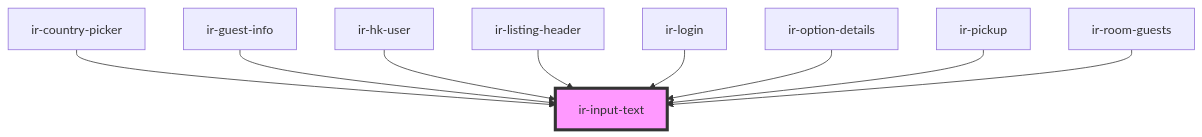
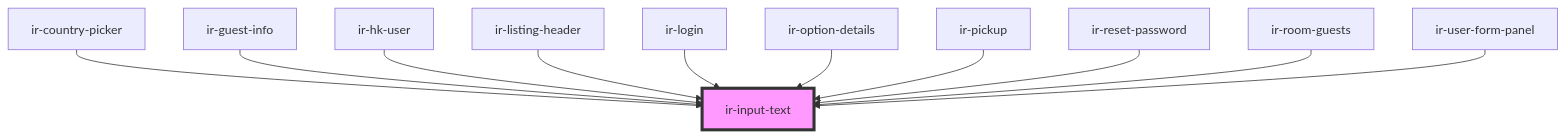
The diagram in src/components/ui/ir-input-text/readme.md (David1Chowaifaty/modified-ir-webcmp), drawn with Mermaid before and after one commit. The commit also changed other lines of this file and 46 other files, not shown here.

````diff
--- a/src/components/ui/ir-input-text/readme.md
+++ b/src/components/ui/ir-input-text/readme.md
@@ -66,12 +68,14 @@
 ```mermaid
 graph TD;
   ir-country-picker --> ir-input-text
   ir-guest-info --> ir-input-text
   ir-hk-user --> ir-input-text
   ir-listing-header --> ir-input-text
   ir-login --> ir-input-text
   ir-option-details --> ir-input-text
   ir-pickup --> ir-input-text
+  ir-reset-password --> ir-input-text
   ir-room-guests --> ir-input-text
+  ir-user-form-panel --> ir-input-text
   style ir-input-text fill:#f9f,stroke:#333,stroke-width:4px
 ```
````
